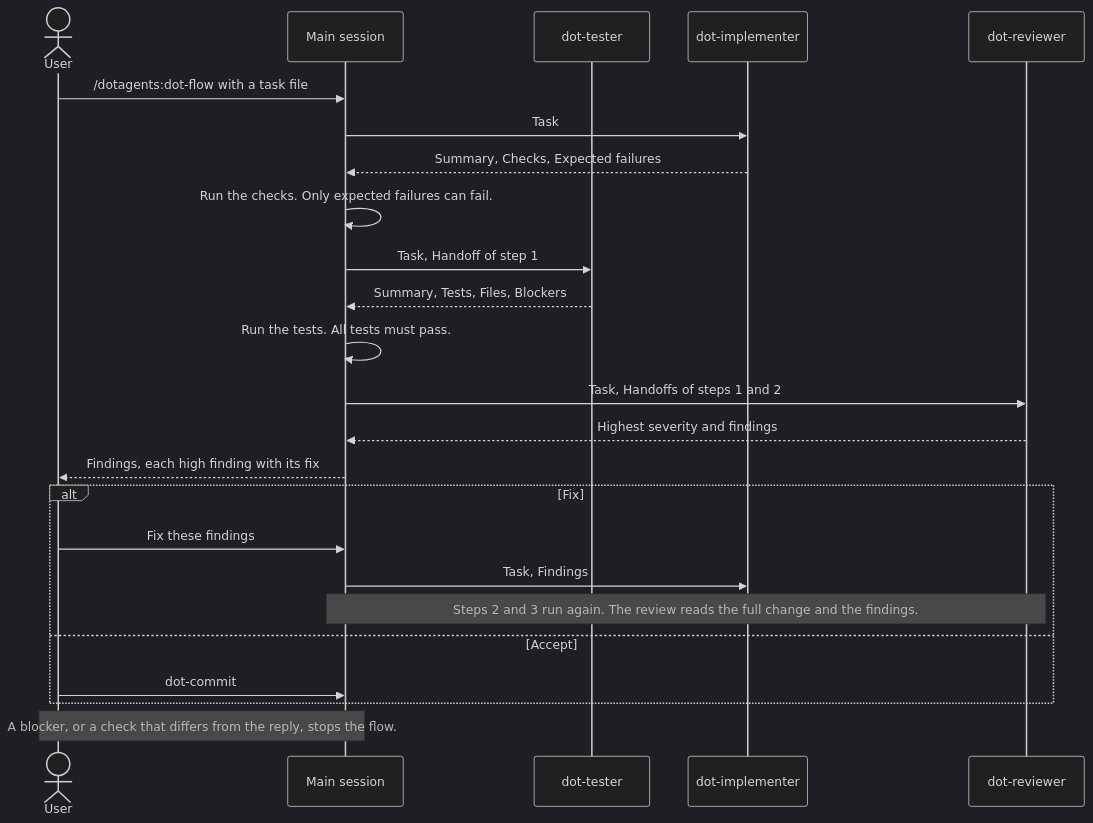
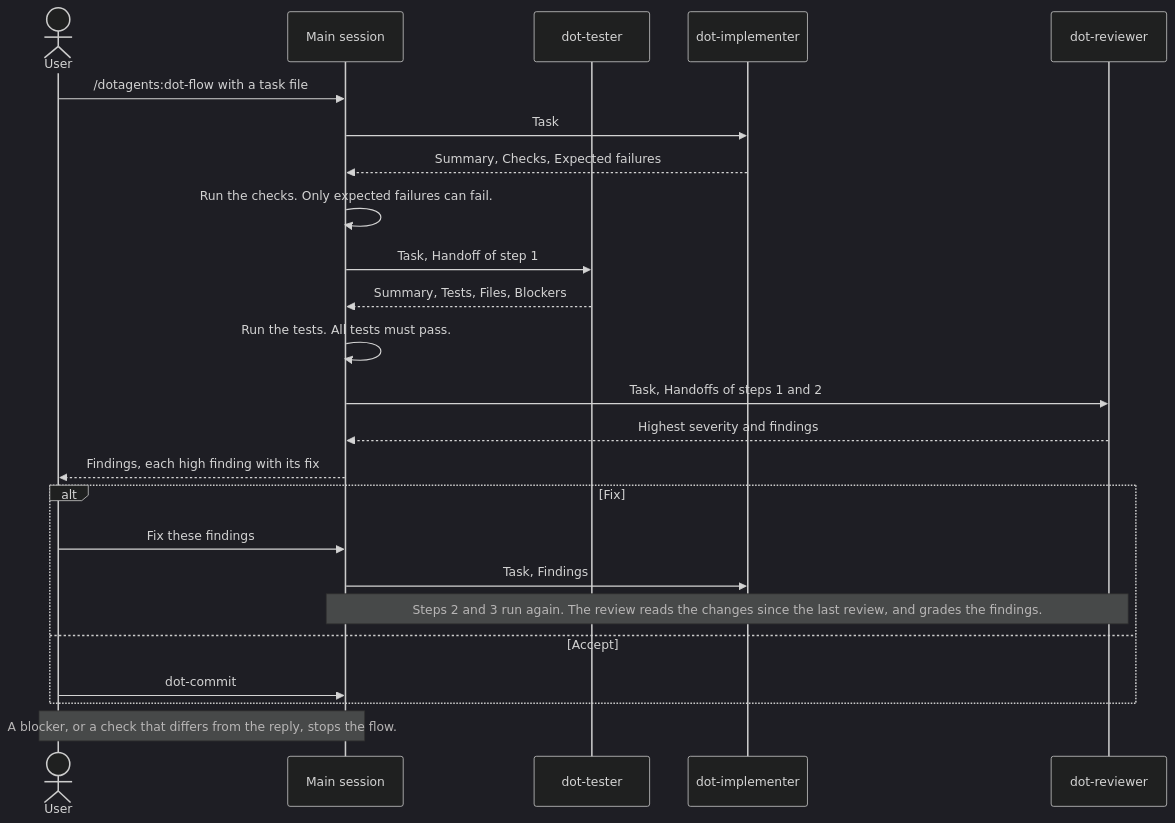
One commit to igorlau/dotagents changed the diagram in docs/guide/04-build.md. Above: the diagram before and after it, drawn with Mermaid (dark theme). The commit also changed 6 other files, not shown here.

First line of the commit message:
feat(skills): review only the fix on later dot-flow rounds

````diff
--- a/docs/guide/04-build.md
+++ b/docs/guide/04-build.md
@@ -24,26 +24,26 @@
 ```mermaid
 sequenceDiagram
     actor User
     participant Main as Main session
     participant Tester as dot-tester
     participant Implementer as dot-implementer
     participant Reviewer as dot-reviewer
     User->>Main: /dotagents:dot-flow with a task file
     Main->>Implementer: Task
     Implementer-->>Main: Summary, Checks, Expected failures
     Main->>Main: Run the checks. Only expected failures can fail.
     Main->>Tester: Task, Handoff of step 1
     Tester-->>Main: Summary, Tests, Files, Blockers
     Main->>Main: Run the tests. All tests must pass.
     Main->>Reviewer: Task, Handoffs of steps 1 and 2
     Reviewer-->>Main: Highest severity and findings
     Main-->>User: Findings, each high finding with its fix
     alt Fix
         User->>Main: Fix these findings
         Main->>Implementer: Task, Findings
-        Note over Main,Reviewer: Steps 2 and 3 run again. The review reads the full change and the findings.
+        Note over Main,Reviewer: Steps 2 and 3 run again. The review reads the changes since the last review, and grades the findings.
     else Accept
         User->>Main: dot-commit
     end
     Note over User,Main: A blocker, or a check that differs from the reply, stops the flow.
 ```
````
